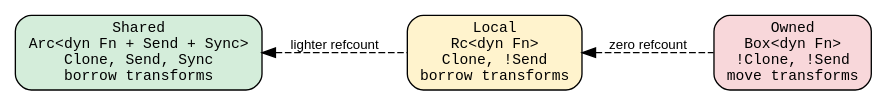
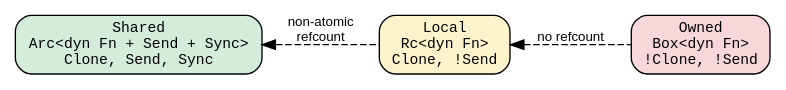
The first of 2 diagrams in book/src/design/domains.md (hylic-recursion/hylic-docs), drawn with Graphviz before and after one commit. The commit also changed other lines of this file and 16 other files, not shown here.

````diff
--- a/book/src/design/domains.md
+++ b/book/src/design/domains.md
@@ -11,14 +13,14 @@
 ```dot process
 digraph {
     rankdir=LR;
     node [shape=box, style="rounded,filled", fontname="monospace", fontsize=11];
     edge [fontname="sans-serif", fontsize=10];
 
-    shared [label="Shared\nArc<dyn Fn + Send + Sync>\nClone, Send, Sync\nborrow transforms", fillcolor="#d4edda"];
-    local [label="Local\nRc<dyn Fn>\nClone, !Send\nborrow transforms", fillcolor="#fff3cd"];
-    owned [label="Owned\nBox<dyn Fn>\n!Clone, !Send\nmove transforms", fillcolor="#f8d7da"];
+    shared [label="Shared\nArc<dyn Fn + Send + Sync>\nClone, Send, Sync", fillcolor="#d4edda"];
+    local [label="Local\nRc<dyn Fn>\nClone, !Send", fillcolor="#fff3cd"];
+    owned [label="Owned\nBox<dyn Fn>\n!Clone, !Send", fillcolor="#f8d7da"];
 
-    shared -> local [label="lighter refcount", style=dashed, dir=back];
-    local -> owned [label="zero refcount", style=dashed, dir=back];
+    shared -> local [label="non-atomic\nrefcount", style=dashed, dir=back];
+    local -> owned [label="no refcount", style=dashed, dir=back];
 }
 ```
````
